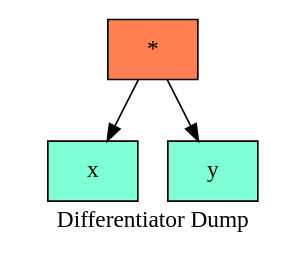
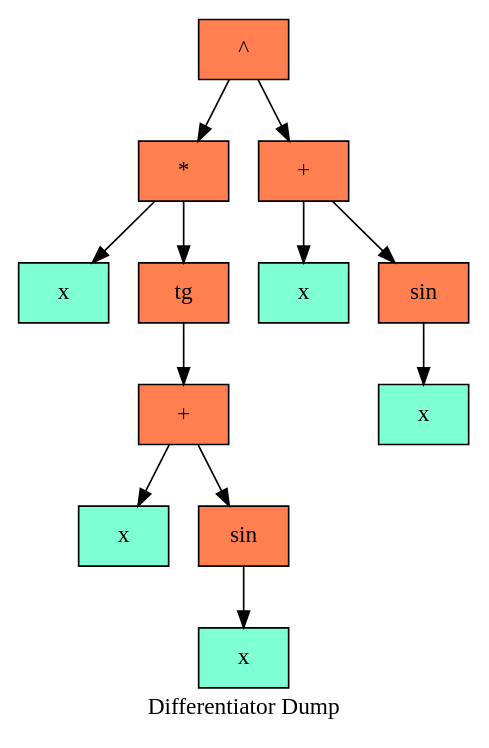
Before and after one commit to aidenfmunro/Differentiator: the diagram in log/dot/treegraph_0.dot, drawn with Graphviz. The commit also changed 16 other files, not shown here.

```diff
--- a/log/dot/treegraph_0.dot
+++ b/log/dot/treegraph_0.dot
@@ -1,11 +1,29 @@
   digraph tree  {
   node[   shape     = "Mrecord",  style     = "filled",  fillcolor = "aqua",  fontcolor = "#000000",  margin    = "0.075"];
   rankdir   = "TB";
 
   label     = "Differentiator Dump";
-"node0" [shape = "record", label = "{*}", fillcolor = "coral"]
-"node1" [shape = "record", label = "{x}", fillcolor = "aquamarine"]
+"node0" [shape = "record", label = "{^}", fillcolor = "coral"]
+"node1" [shape = "record", label = "{*}", fillcolor = "coral"]
+"node2" [shape = "record", label = "{x}", fillcolor = "aquamarine"]
+"node1" -> "node2"
+"node3" [shape = "record", label = "{tg}", fillcolor = "coral"]
+"node4" [shape = "record", label = "{+}", fillcolor = "coral"]
+"node5" [shape = "record", label = "{x}", fillcolor = "aquamarine"]
+"node4" -> "node5"
+"node6" [shape = "record", label = "{sin}", fillcolor = "coral"]
+"node7" [shape = "record", label = "{x}", fillcolor = "aquamarine"]
+"node6" -> "node7"
+"node4" -> "node6"
+"node3" -> "node4"
+"node1" -> "node3"
 "node0" -> "node1"
-"node2" [shape = "record", label = "{y}", fillcolor = "aquamarine"]
-"node0" -> "node2"
+"node8" [shape = "record", label = "{+}", fillcolor = "coral"]
+"node9" [shape = "record", label = "{x}", fillcolor = "aquamarine"]
+"node8" -> "node9"
+"node10" [shape = "record", label = "{sin}", fillcolor = "coral"]
+"node11" [shape = "record", label = "{x}", fillcolor = "aquamarine"]
+"node10" -> "node11"
+"node8" -> "node10"
+"node0" -> "node8"
   }
```
